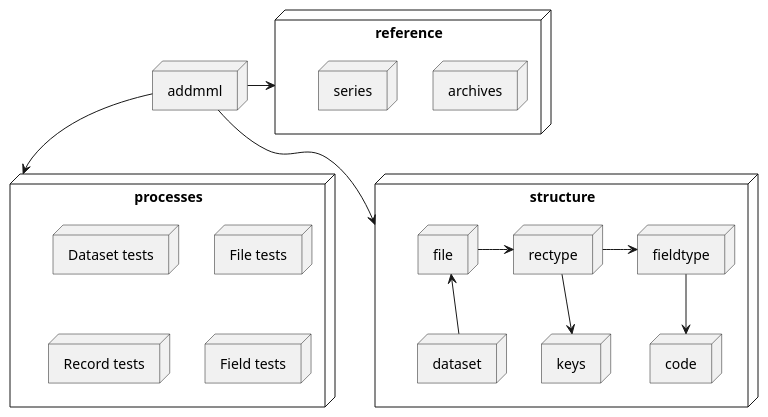
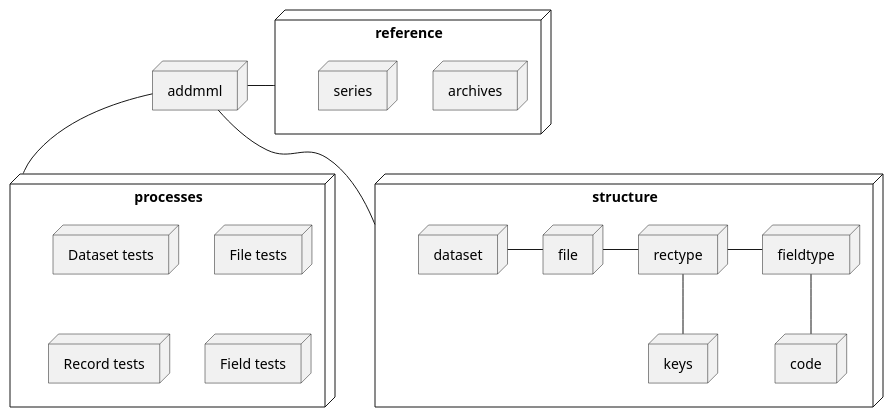
The diagram in usage/aspirations/umls/addmml_v7.puml (joergen-vs/73027c42-c2cd-4c62-b1f4-2532c0eb8dab), drawn with PlantUML before and after one commit. The commit also changed 2 other files, not shown here.

```diff
--- a/usage/aspirations/umls/addmml_v7.puml
+++ b/usage/aspirations/umls/addmml_v7.puml
@@ -1,35 +1,35 @@
 @startuml
 node addmml
 
-addmml --> processes
-addmml -> reference
+addmml -- processes
+addmml - reference
 
 node reference{
     node archives
     node series
 }
 
 node structure {
     node dataset
     node file
     node rectype
     node keys
     node fieldtype
     node code
-    file <-- dataset
-    file -> rectype
-    rectype --> keys
-    rectype -> fieldtype
-    fieldtype --> code
+    dataset - file
+    file - rectype
+    rectype -- keys
+    rectype - fieldtype
+    fieldtype -- code
 }
 
-addmml --> structure
+addmml -- structure
 
 node processes {
     node "Dataset tests"
     node "File tests"
     node "Record tests"
     node "Field tests"
 }
 
 @enduml
```
